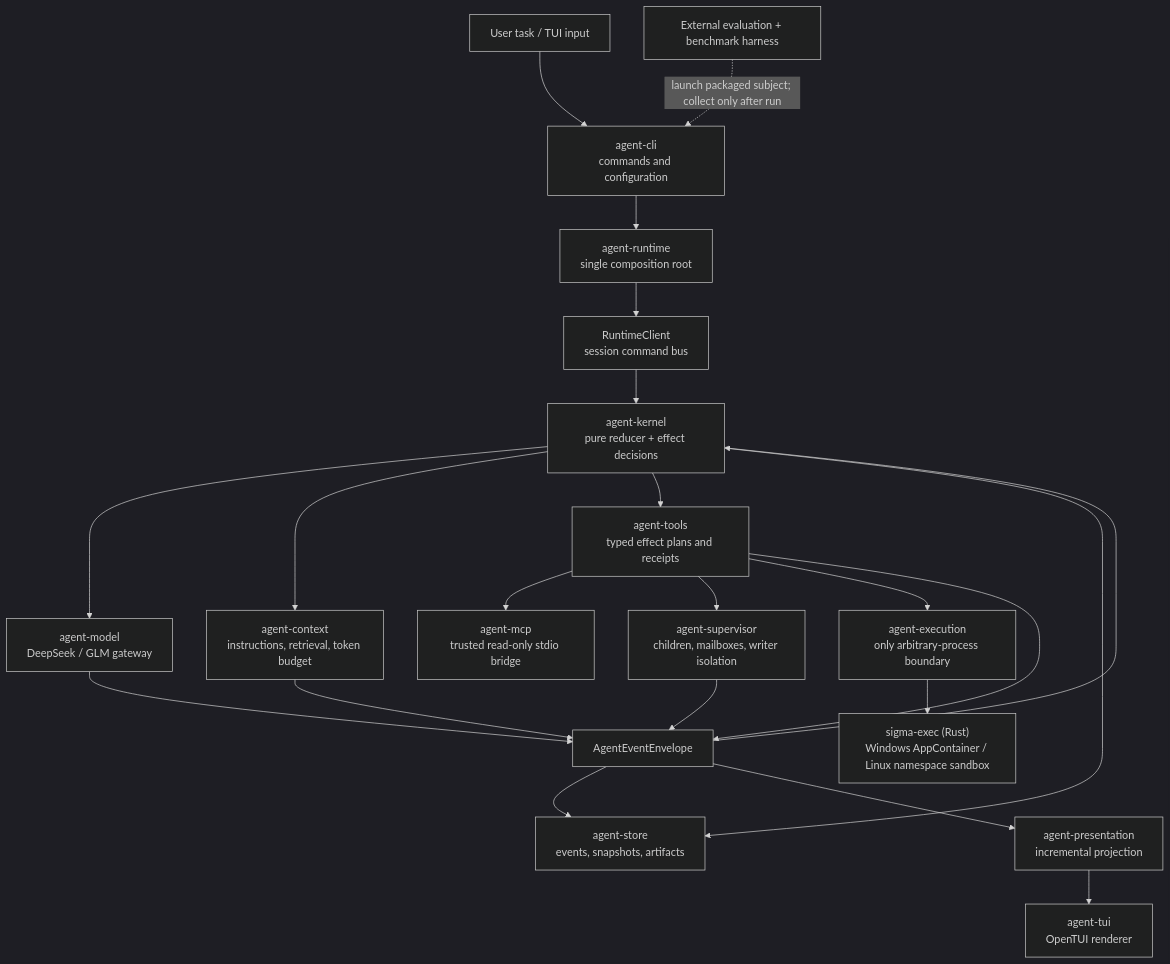
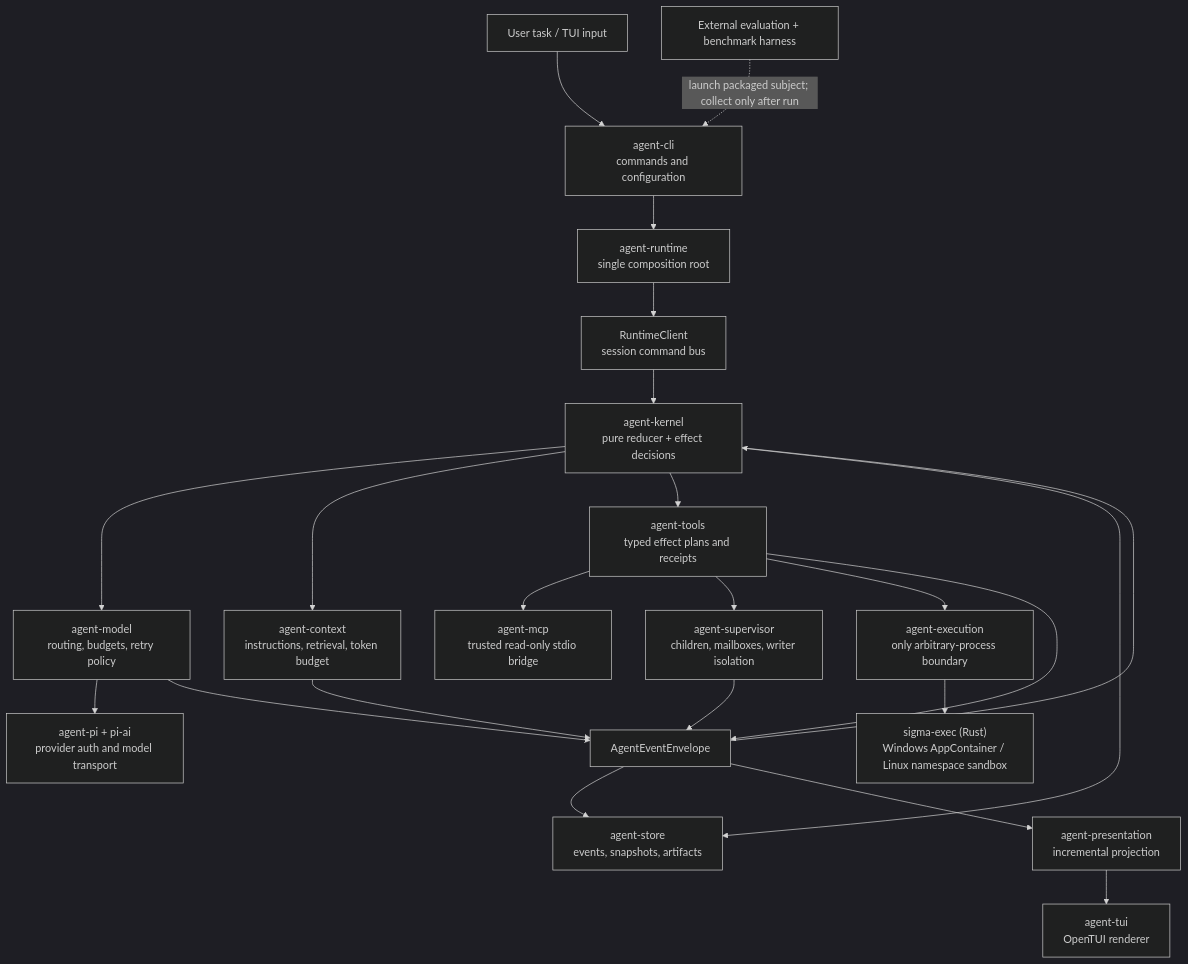
One commit to hututuQQQ/sigma changed the diagram in README.md. Above: the diagram before and after it, drawn with Mermaid (dark theme). The commit also changed other lines of this file and 63 other files, not shown here.

Commit message:
feat: unify model gateway on agent-pi

````diff
--- a/README.md
+++ b/README.md
@@ -135,28 +135,29 @@
 ```mermaid
 flowchart TB
   USER["User task / TUI input"] --> CLI["agent-cli<br/>commands and configuration"]
   CLI --> ROOT["agent-runtime<br/>single composition root"]
   ROOT --> CLIENT["RuntimeClient<br/>session command bus"]
   CLIENT --> KERNEL["agent-kernel<br/>pure reducer + effect decisions"]
 
-  KERNEL --> MODEL["agent-model<br/>DeepSeek / GLM gateway"]
+  KERNEL --> MODEL["agent-model<br/>routing, budgets, retry policy"]
+  MODEL --> PI["agent-pi + pi-ai<br/>provider auth and model transport"]
   KERNEL --> CONTEXT["agent-context<br/>instructions, retrieval, token budget"]
   KERNEL --> TOOLS["agent-tools<br/>typed effect plans and receipts"]
   KERNEL --> STORE["agent-store<br/>events, snapshots, artifacts"]
 
   TOOLS --> MCP["agent-mcp<br/>trusted read-only stdio bridge"]
   TOOLS --> SUP["agent-supervisor<br/>children, mailboxes, writer isolation"]
   TOOLS --> EXEC["agent-execution<br/>only arbitrary-process boundary"]
   EXEC --> NATIVE["sigma-exec (Rust)<br/>Windows AppContainer / Linux namespace sandbox"]
 
   MODEL --> EVENTS["AgentEventEnvelope"]
   CONTEXT --> EVENTS
   TOOLS --> EVENTS
   SUP --> EVENTS
   EVENTS --> STORE
   EVENTS --> KERNEL
   EVENTS --> PRESENT["agent-presentation<br/>incremental projection"]
   PRESENT --> TUI["agent-tui<br/>OpenTUI renderer"]
 
   EVAL["External evaluation + benchmark harness"] -.->|"launch packaged subject; collect only after run"| CLI
 ```
````
